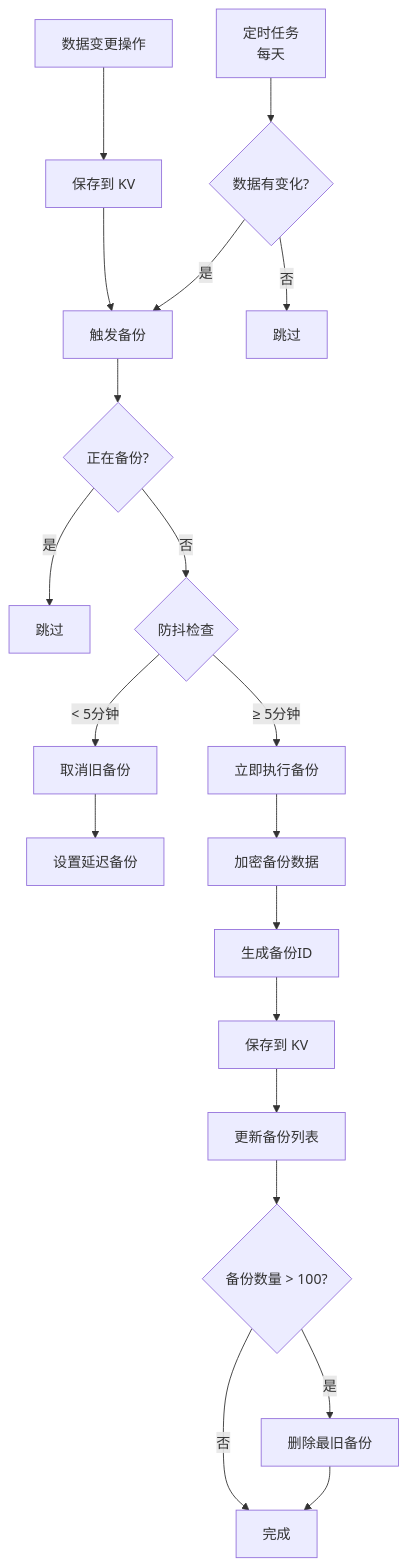
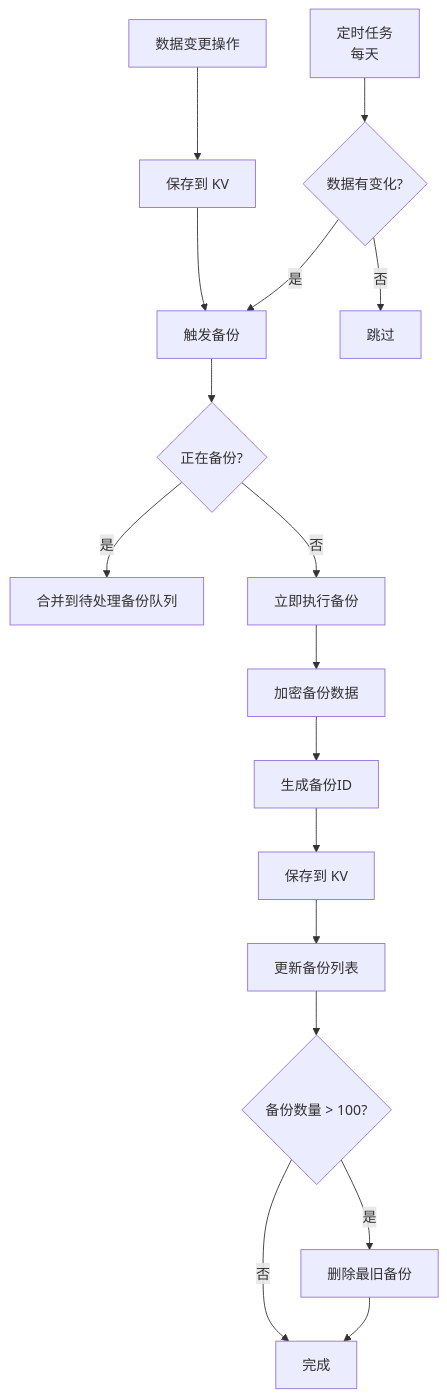
The third of 3 diagrams in docs/ARCHITECTURE.md (wuzf/2fa), drawn with Mermaid before and after one commit. The commit also changed other lines of this file and 33 other files, not shown here.

````diff
--- a/docs/ARCHITECTURE.md
+++ b/docs/ARCHITECTURE.md
@@ -1034,23 +995,20 @@
 ```mermaid
 graph TD
     A[数据变更操作] --> B[保存到 KV]
     B --> C[触发备份]
     C --> D{正在备份?}
-    D -->|是| E[跳过]
-    D -->|否| F{防抖检查}
-    F -->|< 5分钟| G[取消旧备份]
-    G --> H[设置延迟备份]
-    F -->|≥ 5分钟| I[立即执行备份]
+    D -->|是| E[合并到待处理备份队列]
+    D -->|否| I[立即执行备份]
     I --> J[加密备份数据]
     J --> K[生成备份ID]
     K --> L[保存到 KV]
     L --> M[更新备份列表]
     M --> N{备份数量 > 100?}
     N -->|是| O[删除最旧备份]
     N -->|否| P[完成]
     O --> P
 
     Q[定时任务<br/>每天] --> R{数据有变化?}
     R -->|是| C
     R -->|否| S[跳过]
 ```
````
